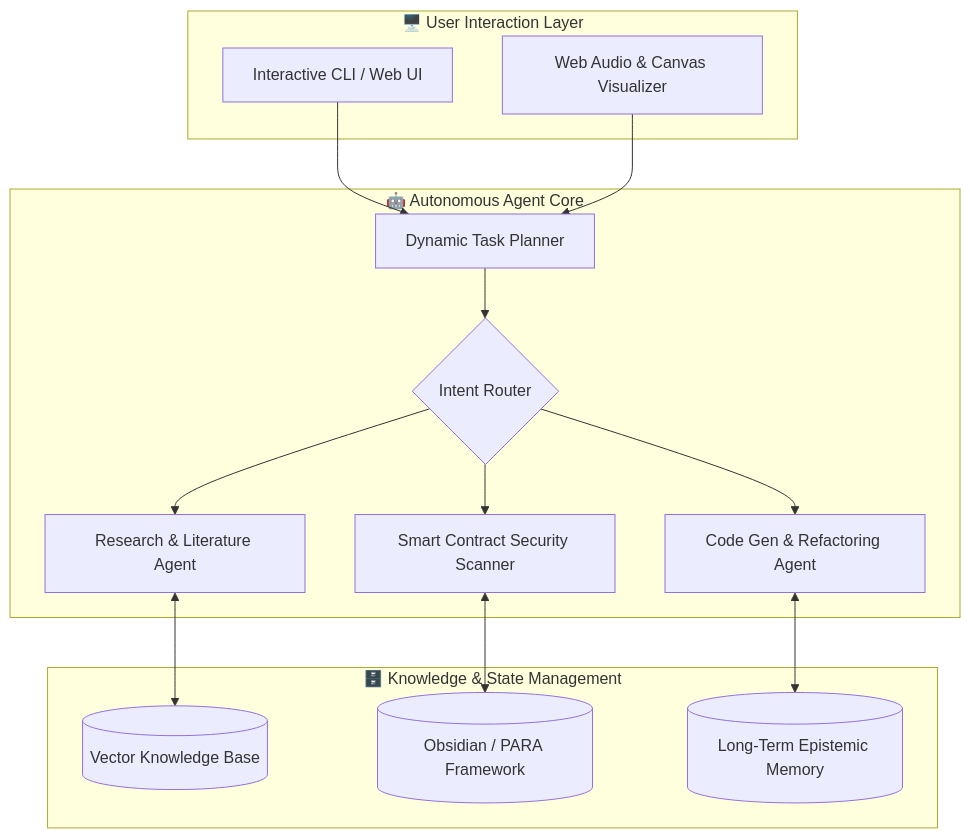
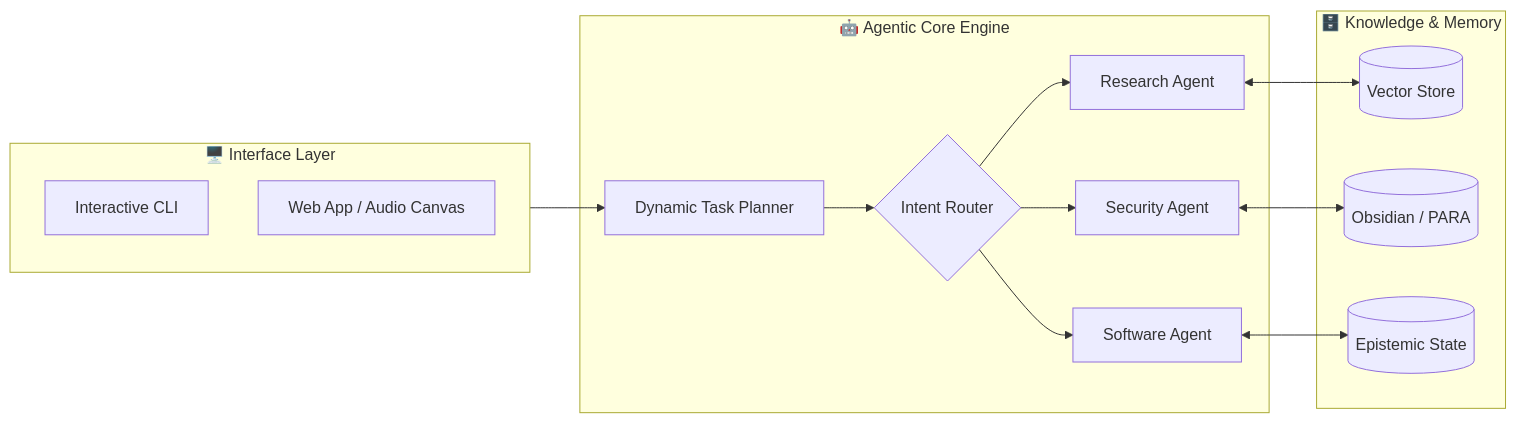
The first of 2 diagrams in README.md (CaptanJackSparr0w/CaptanJackSparr0w), drawn with Mermaid before and after one commit. The commit also changed other lines of this file, not shown here.

Commit message:
Redesign profile README with high-impact visual aesthetics, interactive terminal, and card layouts

````diff
--- a/README.md
+++ b/README.md
@@ -75,31 +78,30 @@
 ```mermaid
-flowchart TB
-    subgraph UI_Layer ["🖥️ User Interaction Layer"]
-        CLI["Interactive CLI / Web UI"]
-        Audio["Web Audio & Canvas Visualizer"]
+flowchart LR
+    subgraph Client ["🖥️ Interface Layer"]
+        CLI["Interactive CLI"]
+        WebUI["Web App / Audio Canvas"]
     end
 
-    subgraph Agent_Core ["🤖 Autonomous Agent Core"]
+    subgraph Orchestrator ["🤖 Agentic Core Engine"]
         Planner["Dynamic Task Planner"]
         Router{"Intent Router"}
-        ResearchAgent["Research & Literature Agent"]
-        CodingAgent["Code Gen & Refactoring Agent"]
-        SecurityAgent["Smart Contract Security Scanner"]
+        ResearchAgent["Research Agent"]
+        DevAgent["Software Agent"]
+        AuditAgent["Security Agent"]
     end
 
-    subgraph Knowledge_Layer ["🗄️ Knowledge & State Management"]
-        VectorDB[("Vector Knowledge Base")]
-        PARA[("Obsidian / PARA Framework")]
-        Memory[("Long-Term Epistemic Memory")]
+    subgraph MemoryLayer ["🗄️ Knowledge & Memory"]
+        VectorDB[("Vector Store")]
+        Obsidian[("Obsidian / PARA")]
+        State[("Epistemic State")]
     end
 
-    CLI --> Planner
-    Audio --> Planner
+    Client --> Planner
     Planner --> Router
     Router --> ResearchAgent
-    Router --> CodingAgent
-    Router --> SecurityAgent
+    Router --> DevAgent
+    Router --> AuditAgent
     ResearchAgent <--> VectorDB
-    CodingAgent <--> Memory
-    SecurityAgent <--> PARA
+    DevAgent <--> State
+    AuditAgent <--> Obsidian
 ```
````
